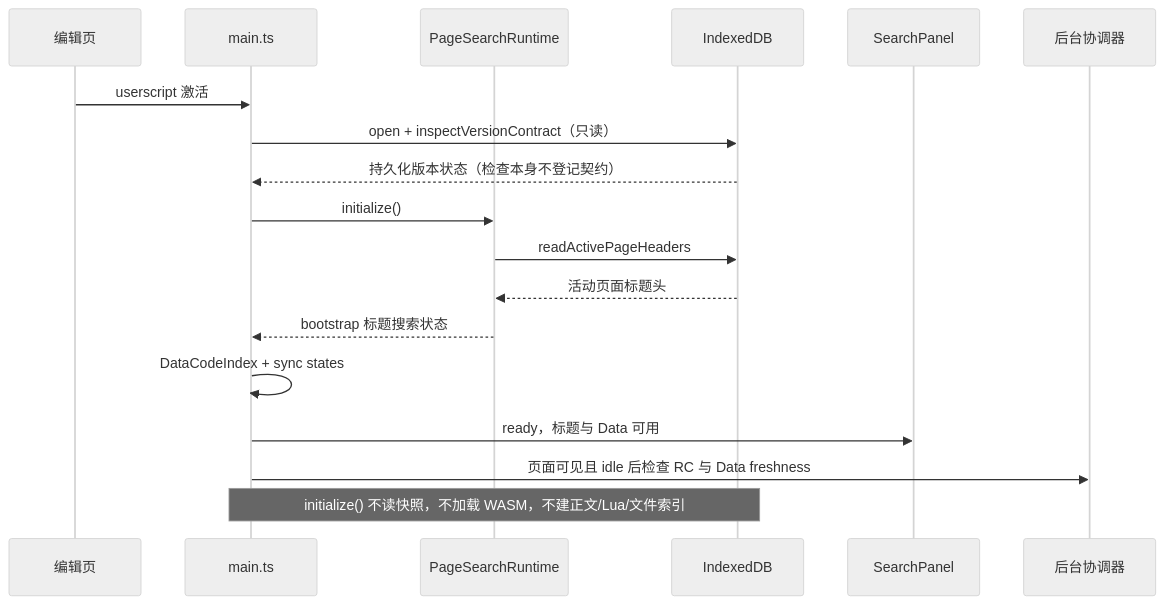
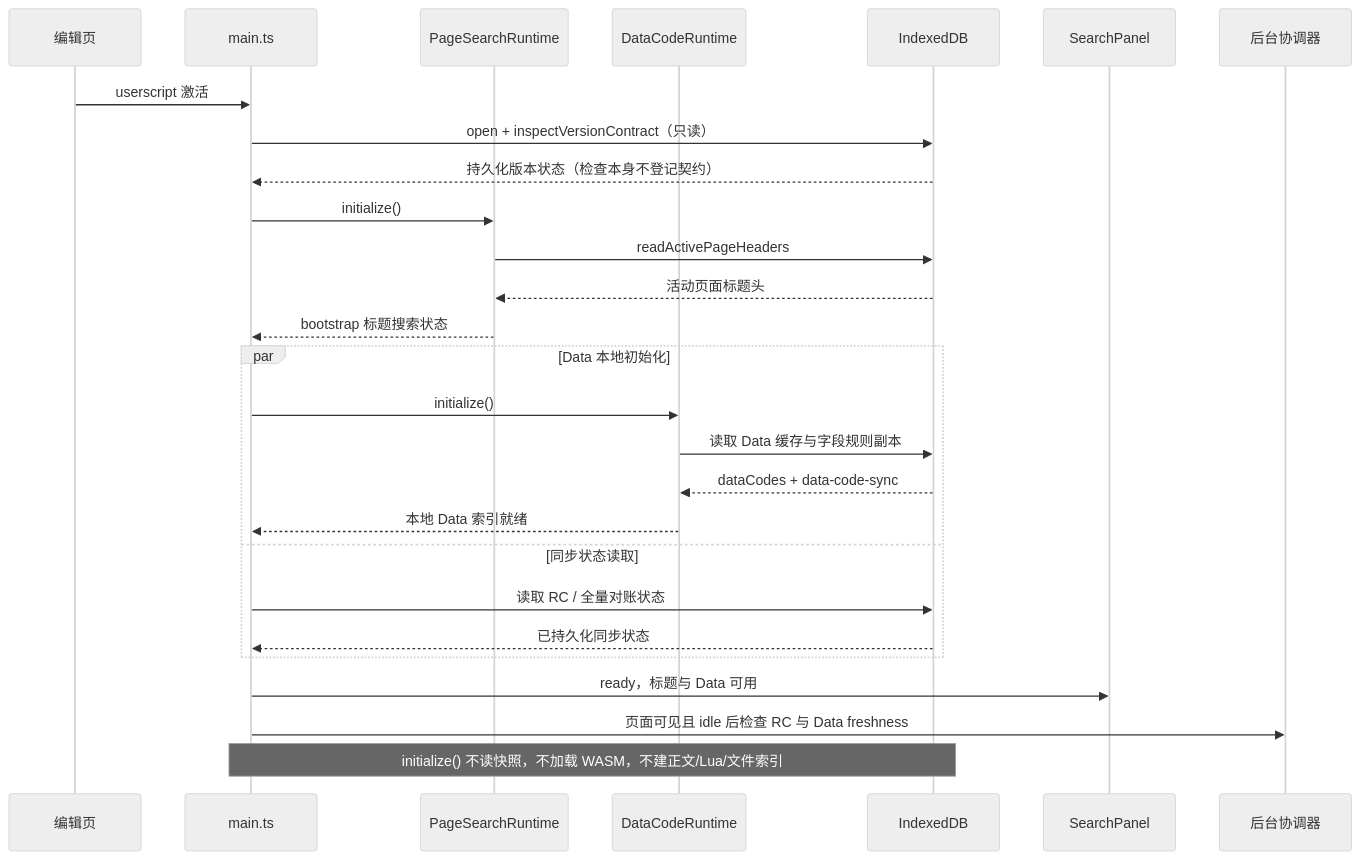
Before and after one commit to CUWikiBotCN/cu-wiki-search-companion: the second of 2 diagrams in ARCHITECTURE.md, drawn with Mermaid (neutral theme). The commit also changed other lines of this file and 4 other files, not shown here.

```diff
--- a/ARCHITECTURE.md
+++ b/ARCHITECTURE.md
@@ -83,21 +83,30 @@
 ~~~mermaid
 sequenceDiagram
   participant Page as 编辑页
   participant Main as main.ts
   participant Runtime as PageSearchRuntime
+  participant DataRuntime as DataCodeRuntime
   participant DB as IndexedDB
   participant UI as SearchPanel
   participant BG as 后台协调器
 
   Page->>Main: userscript 激活
   Main->>DB: open + inspectVersionContract（只读）
   DB-->>Main: 持久化版本状态（检查本身不登记契约）
   Main->>Runtime: initialize()
   Runtime->>DB: readActivePageHeaders
   DB-->>Runtime: 活动页面标题头
   Runtime-->>Main: bootstrap 标题搜索状态
-  Main->>Main: DataCodeIndex + sync states
+  par Data 本地初始化
+    Main->>DataRuntime: initialize()
+    DataRuntime->>DB: 读取 Data 缓存与字段规则副本
+    DB-->>DataRuntime: dataCodes + data-code-sync
+    DataRuntime-->>Main: 本地 Data 索引就绪
+  and 同步状态读取
+    Main->>DB: 读取 RC / 全量对账状态
+    DB-->>Main: 已持久化同步状态
+  end
   Main->>UI: ready，标题与 Data 可用
   Main->>BG: 页面可见且 idle 后检查 RC 与 Data freshness
   Note over Main,DB: initialize() 不读快照，不加载 WASM，不建正文/Lua/文件索引
 ~~~
```
